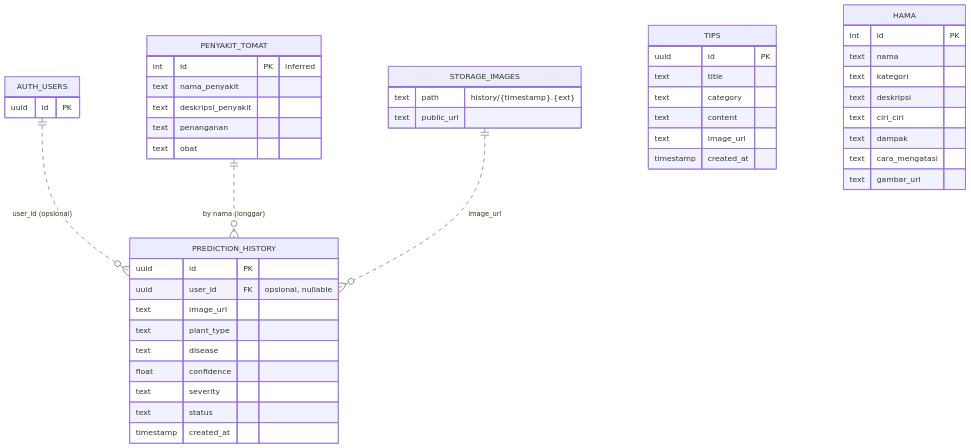
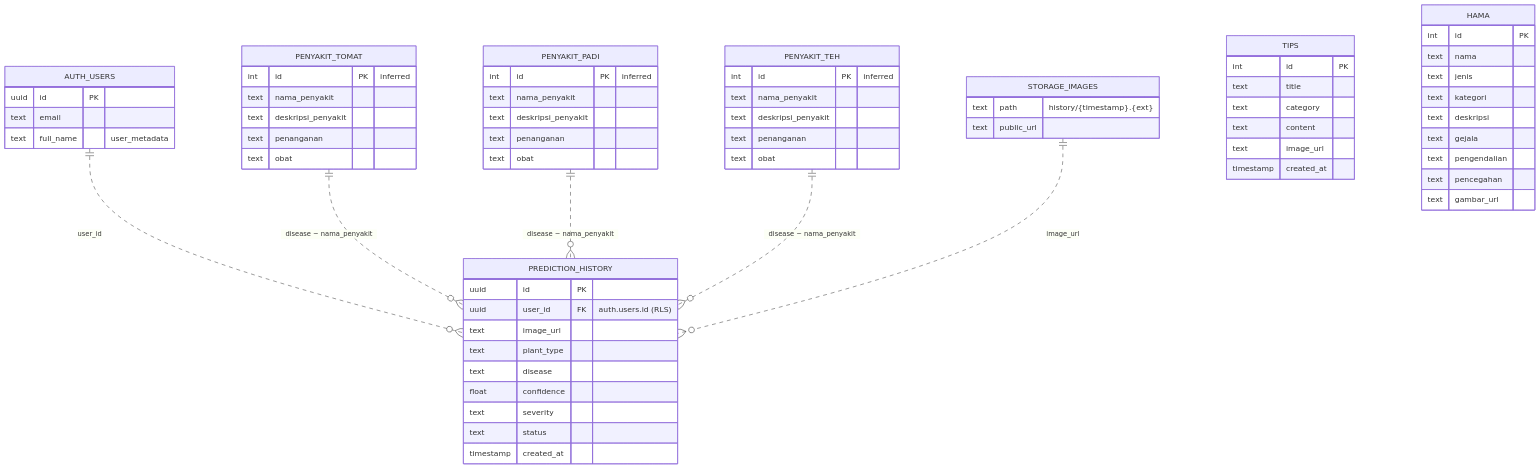
The diagram in docs/ERD.md (AffanShz/Petani-Maju-V.2), drawn with Mermaid before and after one commit. The commit also changed other lines of this file and 2 other files, not shown here.

Commit message:
docs: update system architecture and activity diagrams

````diff
--- a/docs/ERD.md
+++ b/docs/ERD.md
@@ -34,55 +36,76 @@
 ```mermaid
 erDiagram
-    AUTH_USERS ||..o{ PREDICTION_HISTORY : "user_id (opsional)"
-    PENYAKIT_TOMAT ||..o{ PREDICTION_HISTORY : "by nama (longgar)"
+    AUTH_USERS ||..o{ PREDICTION_HISTORY : "user_id"
+    PENYAKIT_TOMAT ||..o{ PREDICTION_HISTORY : "disease ~ nama_penyakit"
+    PENYAKIT_PADI ||..o{ PREDICTION_HISTORY : "disease ~ nama_penyakit"
+    PENYAKIT_TEH ||..o{ PREDICTION_HISTORY : "disease ~ nama_penyakit"
     STORAGE_IMAGES ||..o{ PREDICTION_HISTORY : "image_url"
 
+    AUTH_USERS {
+        uuid id PK
+        text email
+        text full_name "user_metadata"
+    }
+
     TIPS {
-        uuid id PK
+        int id PK
         text title
         text category
         text content
         text image_url
         timestamp created_at
     }
 
     HAMA {
         int id PK
         text nama
+        text jenis
         text kategori
         text deskripsi
-        text ciri_ciri
-        text dampak
-        text cara_mengatasi
+        text gejala
+        text pengendalian
+        text pencegahan
         text gambar_url
     }
 
     PENYAKIT_TOMAT {
         int id PK "inferred"
         text nama_penyakit
         text deskripsi_penyakit
         text penanganan
         text obat
     }
 
+    PENYAKIT_PADI {
+        int id PK "inferred"
+        text nama_penyakit
+        text deskripsi_penyakit
+        text penanganan
+        text obat
+    }
+
+    PENYAKIT_TEH {
+        int id PK "inferred"
+        text nama_penyakit
+        text deskripsi_penyakit
+        text penanganan
+        text obat
+    }
+
     PREDICTION_HISTORY {
         uuid id PK
-        uuid user_id FK "opsional, nullable"
+        uuid user_id FK "auth.users.id (RLS)"
         text image_url
         text plant_type
         text disease
         float confidence
         text severity
         text status
         timestamp created_at
     }
 
     STORAGE_IMAGES {
         text path "history/{timestamp}.{ext}"
         text public_url
     }
-
-    AUTH_USERS {
-        uuid id PK
-    }
 ```
````
